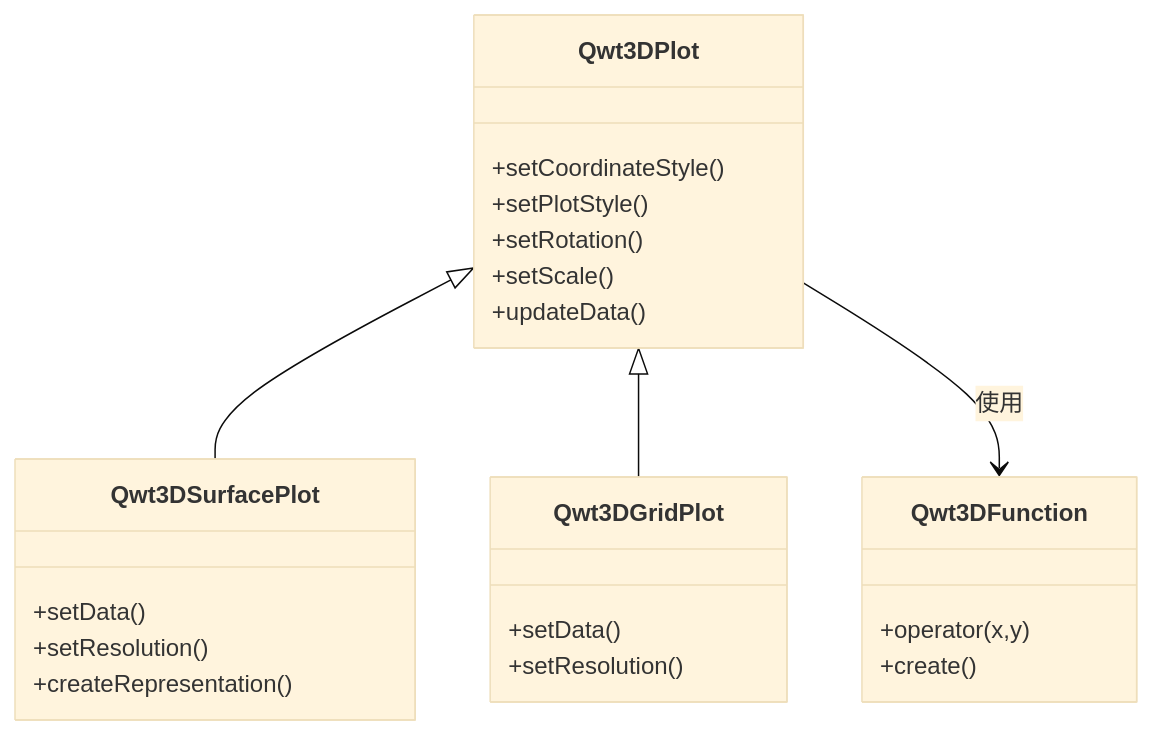
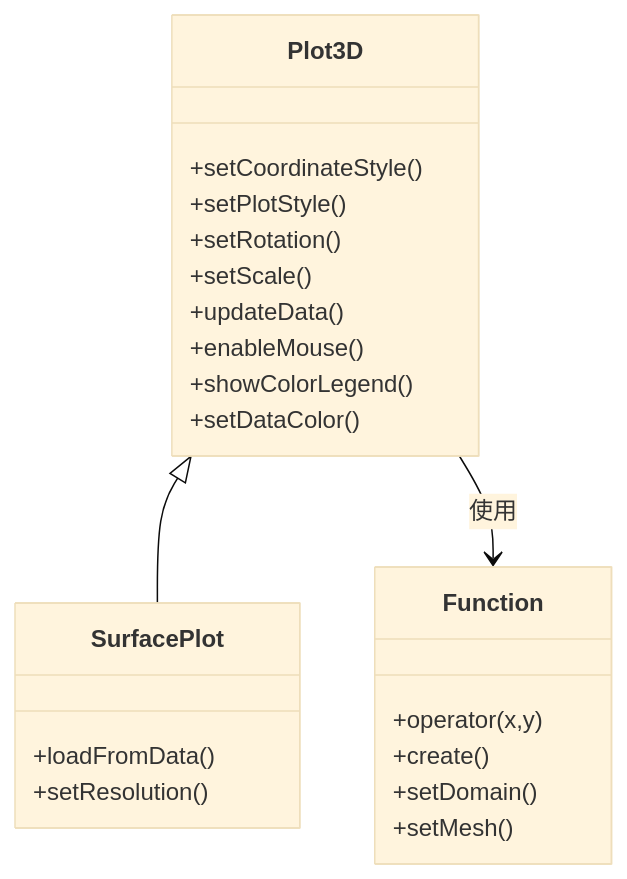
One commit to space-ast/QWT changed the diagram in docs/zh/use-guide/3d-plot.md. Above: the diagram before and after it, drawn with Mermaid (base theme). The commit also changed other lines of this file and 10 other files, not shown here.

````diff
--- a/docs/zh/use-guide/3d-plot.md
+++ b/docs/zh/use-guide/3d-plot.md
@@ -17,30 +17,28 @@
 ```mermaid
 classDiagram
-    class Qwt3DPlot {
+    class Plot3D {
         +setCoordinateStyle()
         +setPlotStyle()
         +setRotation()
         +setScale()
         +updateData()
+        +enableMouse()
+        +showColorLegend()
+        +setDataColor()
     }
-    
-    class Qwt3DSurfacePlot {
-        +setData()
-        +setResolution()
-        +createRepresentation()
-    }
-    
-    class Qwt3DGridPlot {
-        +setData()
+
+    class SurfacePlot {
+        +loadFromData()
         +setResolution()
     }
-    
-    class Qwt3DFunction {
+
+    class Function {
         +operator(x,y)
         +create()
+        +setDomain()
+        +setMesh()
     }
-    
-    Qwt3DPlot <|-- Qwt3DSurfacePlot
-    Qwt3DPlot <|-- Qwt3DGridPlot
-    Qwt3DPlot --> Qwt3DFunction : 使用
+
+    Plot3D <|-- SurfacePlot
+    Plot3D --> Function : 使用
 ```
````
